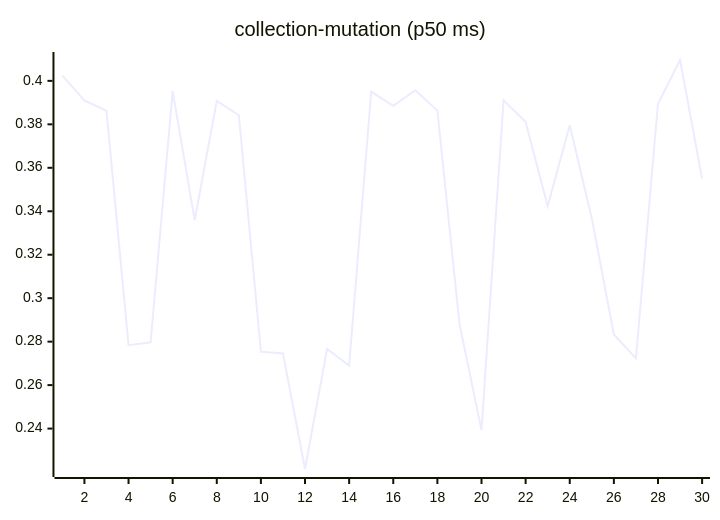
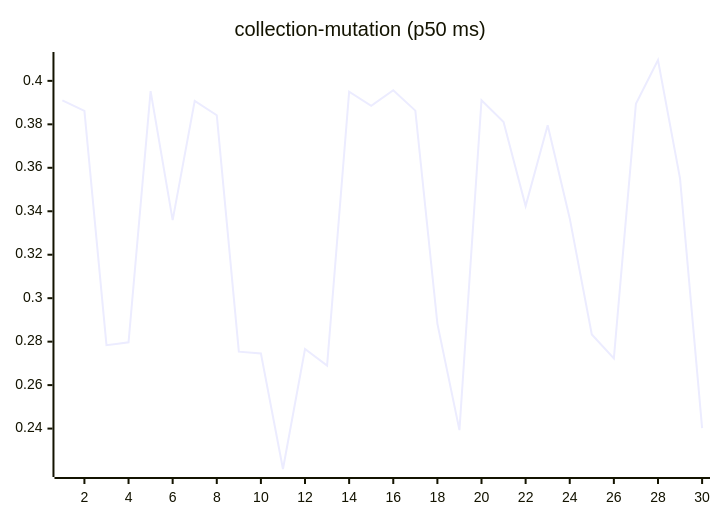
One commit to josha/Facet changed the sixth of 27 diagrams in README.md. Above: the diagram before and after it, drawn with Mermaid. The commit also changed other lines of this file and 2 other files, not shown here.

````diff
--- a/README.md
+++ b/README.md
@@ -98,6 +98,6 @@
 ```mermaid
 xychart-beta
     title "collection-mutation (p50 ms)"
     x-axis 1 --> 30
-    line [0.4024, 0.3910, 0.3862, 0.2784, 0.2797, 0.3953, 0.3359, 0.3908, 0.3842, 0.2754, 0.2746, 0.2214, 0.2766, 0.2690, 0.3950, 0.3885, 0.3957, 0.3863, 0.2883, 0.2393, 0.3911, 0.3811, 0.3424, 0.3796, 0.3367, 0.2833, 0.2723, 0.3895, 0.4096, 0.3550]
+    line [0.3910, 0.3862, 0.2784, 0.2797, 0.3953, 0.3359, 0.3908, 0.3842, 0.2754, 0.2746, 0.2214, 0.2766, 0.2690, 0.3950, 0.3885, 0.3957, 0.3863, 0.2883, 0.2393, 0.3911, 0.3811, 0.3424, 0.3796, 0.3367, 0.2833, 0.2723, 0.3895, 0.4096, 0.3550, 0.2402]
 ```
````
